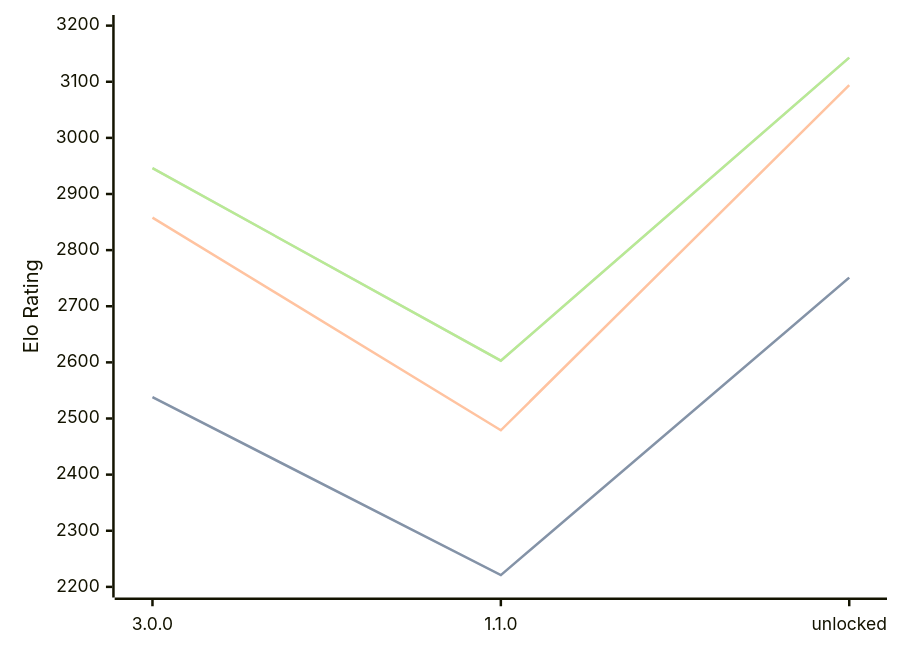
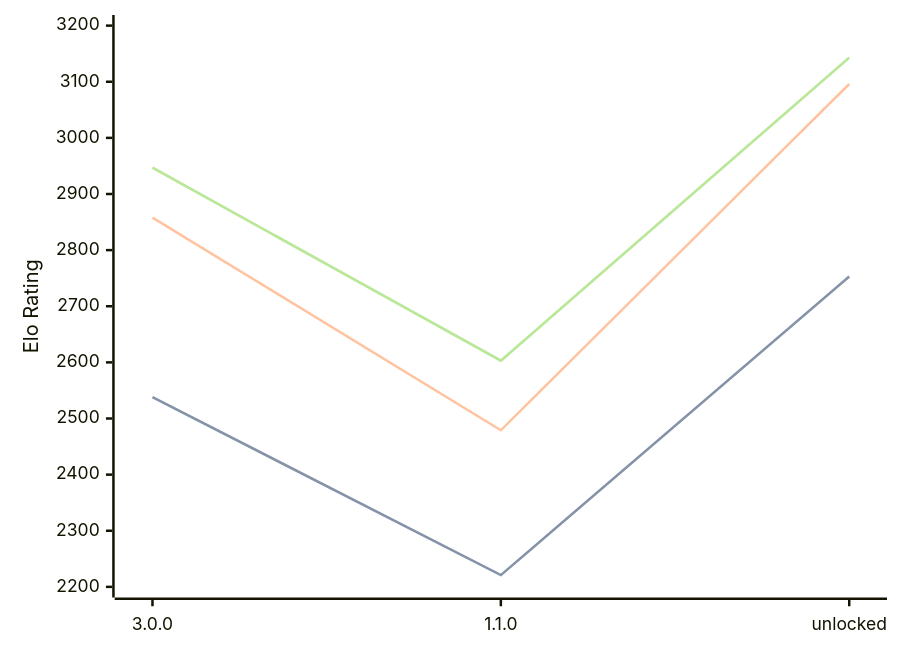
The diagram in engines/Potential.md (computer-chess-index/cci), drawn with Mermaid before and after one commit. The commit also changed other lines of this file, not shown here.

Commit message:
Update CCI Ratings (ELO VLTC) - 2026-09-09

````diff
--- a/engines/Potential.md
+++ b/engines/Potential.md
@@ -33,11 +33,11 @@
 ```mermaid
 %%{init: {"theme":"base","themeVariables":{"seriesColors:['#a3a3a3','#222221','#faa371']}}}%%
 xychart-beta
   x-axis ["3.0.0", "1.1.0", "unlocked"]
   y-axis "Elo Rating" 2200 --> 3200
-  line "" [2538, 2221, 2751]
-  line "STC (8.0+0.08s)" [2538, 2221, 2751]
-  line "LTC (60.0+0.60s)" [2858, 2479, 3094]
-  line "" [2946, 2603, 3143]
-  line "VLTC (2m24s+1.12s)" [2946, 2603, 3143]
+  line "" [2538, 2221, 2753]
+  line "STC (8.0+0.08s)" [2538, 2221, 2753]
+  line "LTC (60.0+0.60s)" [2858, 2479, 3096]
+  line "" [2947, 2603, 3143]
+  line "VLTC (2m24s+1.12s)" [2947, 2603, 3143]
 ```
````
